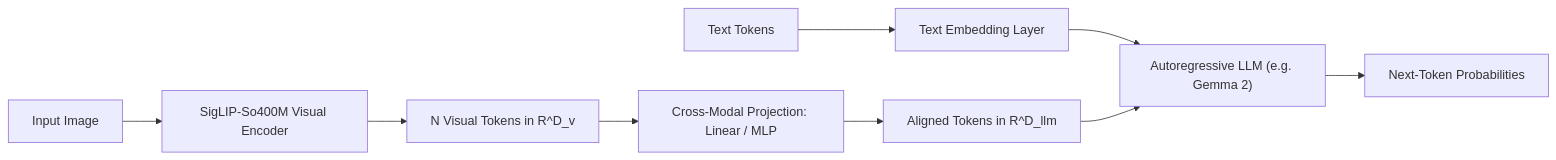
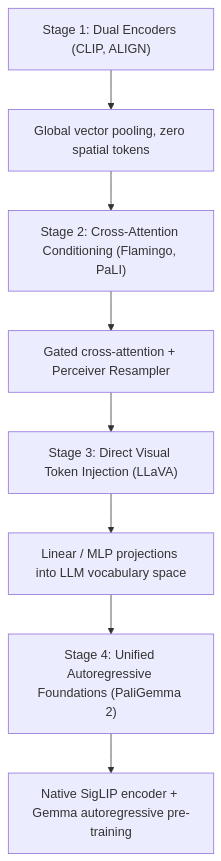
Before and after one commit to tryhard-26/adriteyo_das: the seventh of 7 diagrams in blogs/blog_src/foundational_vision_models_math.md, drawn with Mermaid. The commit also changed other lines of this file and 1 other file, not shown here.

````diff
--- a/blogs/blog_src/foundational_vision_models_math.md
+++ b/blogs/blog_src/foundational_vision_models_math.md
@@ -314,11 +401,10 @@
 ```mermaid
-graph LR
-    I["Input Image"] --> S["SigLIP-So400M Visual Encoder"]
-    S --> Patch["N Visual Tokens in R^D_v"]
-    Patch --> Proj["Cross-Modal Projection: Linear / MLP"]
-    Proj --> Trans["Aligned Tokens in R^D_llm"]
-    Text["Text Tokens"] --> Emb["Text Embedding Layer"]
-    Emb --> LLM["Autoregressive LLM (e.g. Gemma 2)"]
-    Trans --> LLM
-    LLM --> Out["Next-Token Probabilities"]
+graph TD
+    S1["Stage 1: Dual Encoders (CLIP, ALIGN)"] --> D1["Global vector pooling, zero spatial tokens"]
+    D1 --> S2["Stage 2: Cross-Attention Conditioning (Flamingo, PaLI)"]
+    S2 --> D2["Gated cross-attention + Perceiver Resampler"]
+    D2 --> S3["Stage 3: Direct Visual Token Injection (LLaVA)"]
+    S3 --> D3["Linear / MLP projections into LLM vocabulary space"]
+    D3 --> S4["Stage 4: Unified Autoregressive Foundations (PaliGemma 2)"]
+    S4 --> D4["Native SigLIP encoder + Gemma autoregressive pre-training"]
 ```
````
